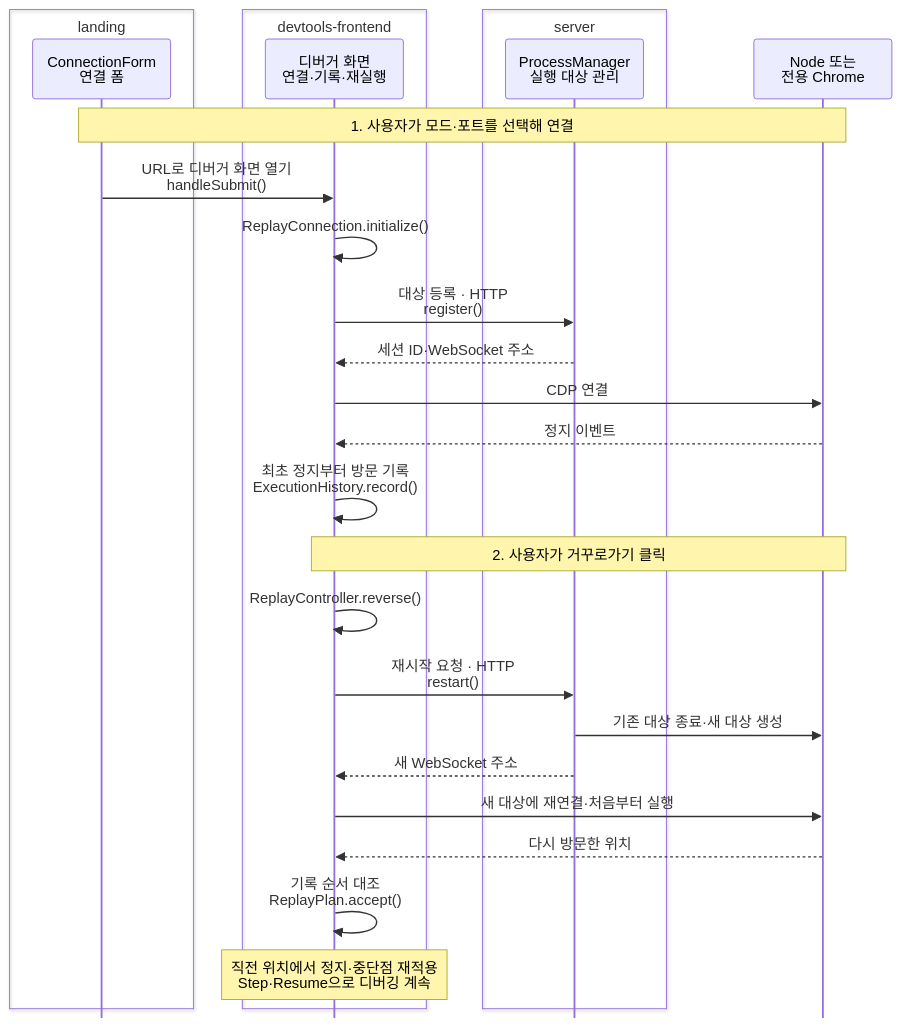
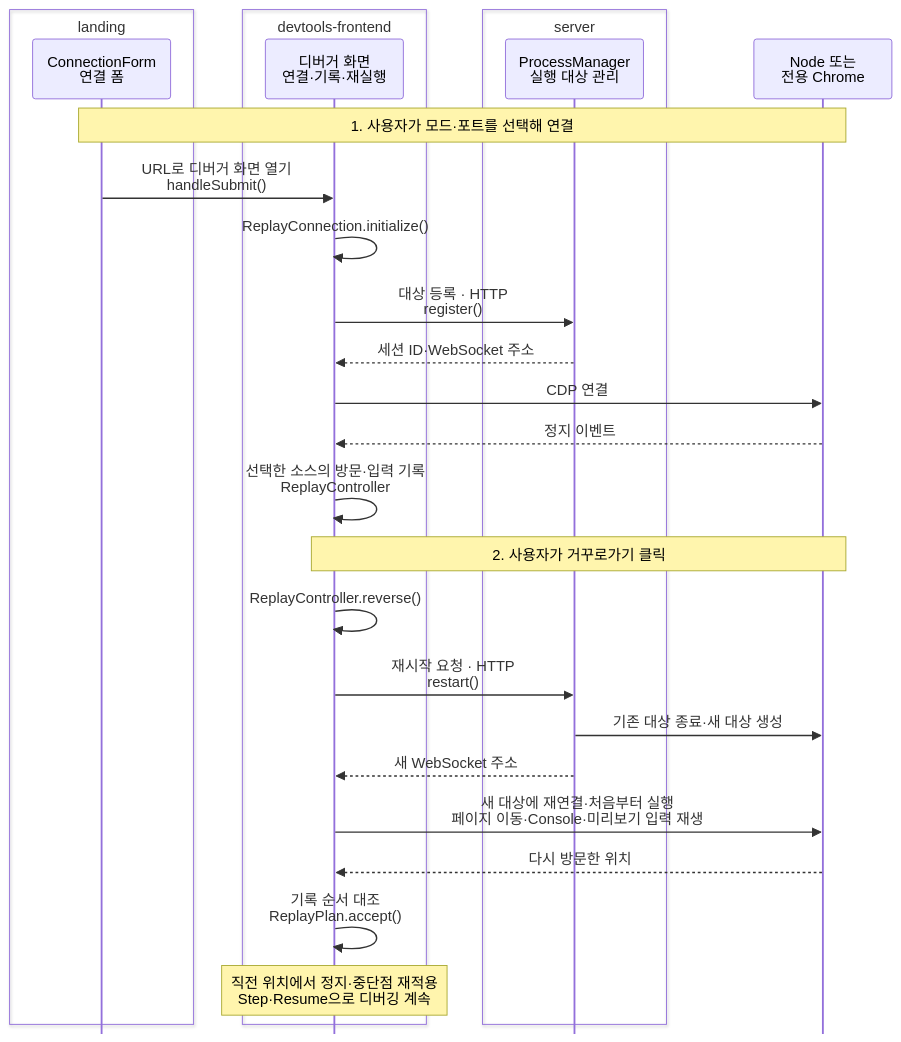
The diagram in README.md (hong7ya/backdo-landing), drawn with Mermaid before and after one commit. The commit also changed other lines of this file, not shown here.

````diff
--- a/README.md
+++ b/README.md
@@ -81,33 +87,33 @@
 ```mermaid
 %%{init: {"sequence": {"mirrorActors": false, "messageMargin": 24}}}%%
 sequenceDiagram
     box landing
         participant L as ConnectionForm<br/>연결 폼
     end
     box devtools-frontend
         participant F as 디버거 화면<br/>연결·기록·재실행
     end
     box server
         participant S as ProcessManager<br/>실행 대상 관리
     end
     participant T as Node 또는<br/>전용 Chrome
 
     Note over L,T: 1. 사용자가 모드·포트를 선택해 연결
     L->>F: URL로 디버거 화면 열기<br/>handleSubmit()
     F->>F: ReplayConnection.initialize()
     F->>S: 대상 등록 · HTTP<br/>register()
     S-->>F: 세션 ID·WebSocket 주소
     F->>T: CDP 연결
     T-->>F: 정지 이벤트
-    F->>F: 최초 정지부터 방문 기록<br/>ExecutionHistory.record()
+    F->>F: 선택한 소스의 방문·입력 기록<br/>ReplayController
 
     Note over F,T: 2. 사용자가 거꾸로가기 클릭
     F->>F: ReplayController.reverse()
     F->>S: 재시작 요청 · HTTP<br/>restart()
     S->>T: 기존 대상 종료·새 대상 생성
     S-->>F: 새 WebSocket 주소
-    F->>T: 새 대상에 재연결·처음부터 실행
+    F->>T: 새 대상에 재연결·처음부터 실행<br/>페이지 이동·Console·미리보기 입력 재생
     T-->>F: 다시 방문한 위치
     F->>F: 기록 순서 대조<br/>ReplayPlan.accept()
     Note over F: 직전 위치에서 정지·중단점 재적용<br/>Step·Resume으로 디버깅 계속
 ```
````
